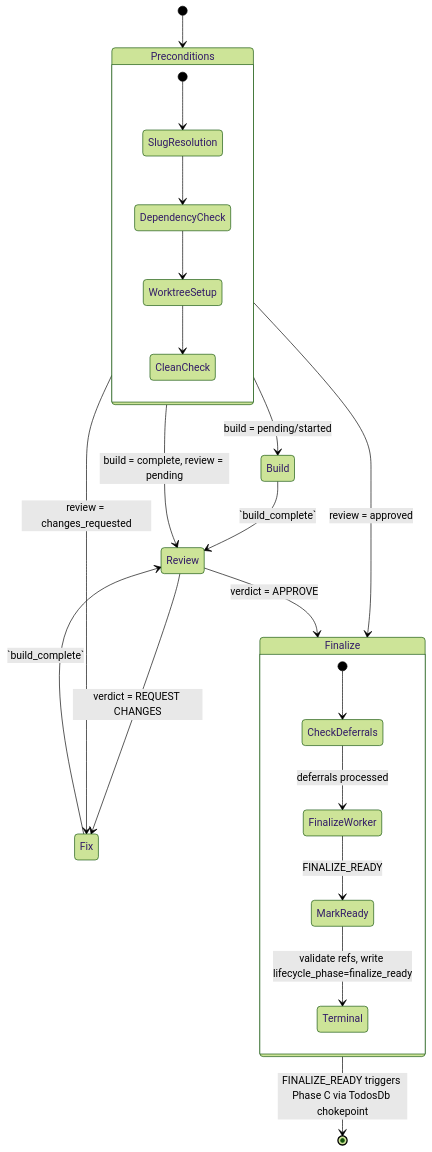
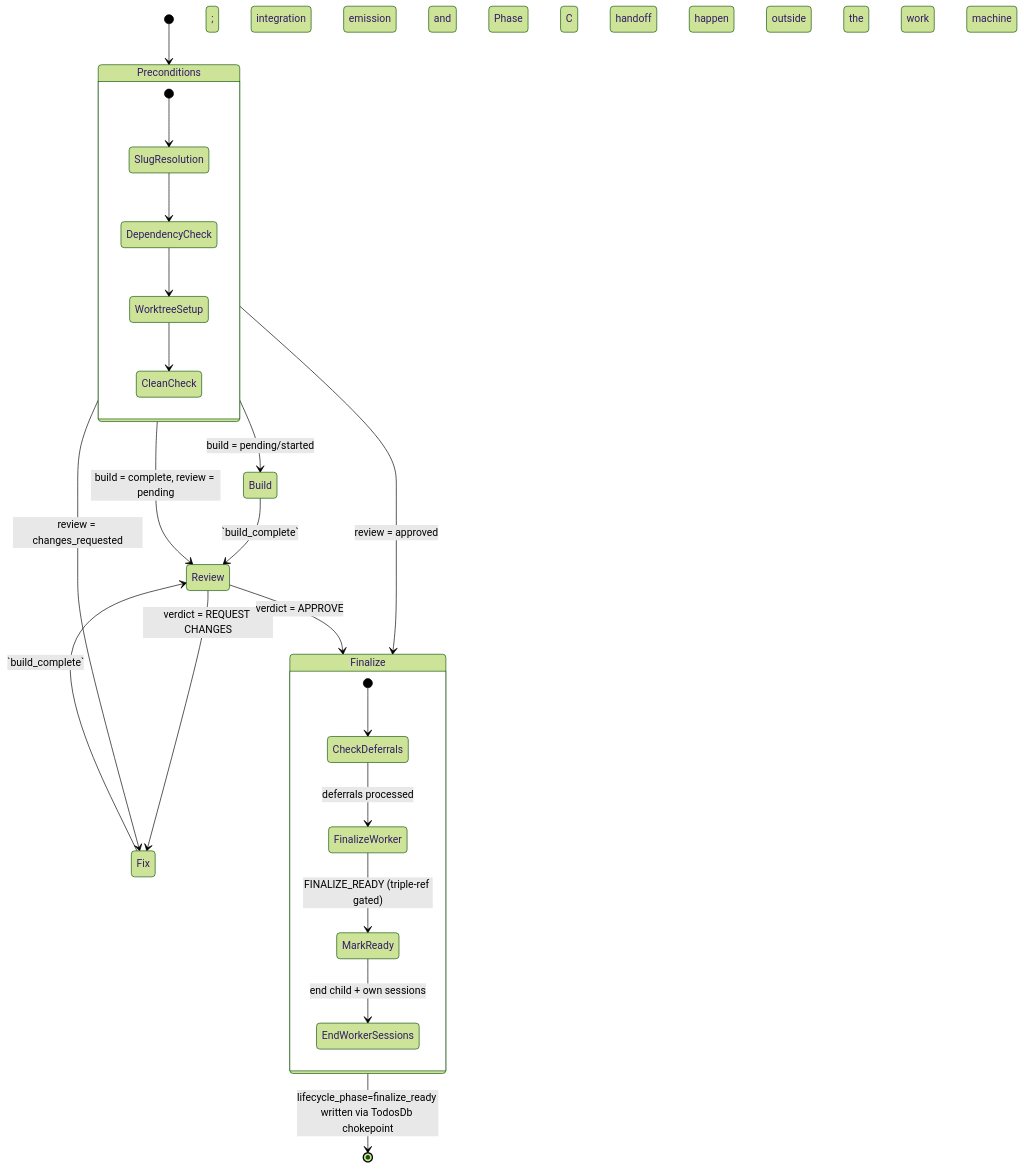
The first of 5 diagrams in docs/project/design/architecture/work-state-machine.md (InstruktAI/TeleClaude), drawn with Mermaid (forest theme) before and after one commit. The commit also changed other lines of this file and 31 other files, not shown here.

````diff
--- a/docs/project/design/architecture/work-state-machine.md
+++ b/docs/project/design/architecture/work-state-machine.md
@@ -105,30 +105,30 @@
 ```mermaid
 stateDiagram-v2
     [*] --> Preconditions
 
     state Preconditions {
         [*] --> SlugResolution
         SlugResolution --> DependencyCheck
         DependencyCheck --> WorktreeSetup
         WorktreeSetup --> CleanCheck
     }
 
     Preconditions --> Build: build = pending/started
     Preconditions --> Review: build = complete, review = pending
     Preconditions --> Fix: review = changes_requested
     Preconditions --> Finalize: review = approved
 
     Build --> Review: `build_complete`
     Review --> Fix: verdict = REQUEST CHANGES
     Review --> Finalize: verdict = APPROVE
     Fix --> Review: `build_complete`
 
     state Finalize {
         [*] --> CheckDeferrals
         CheckDeferrals --> FinalizeWorker: deferrals processed
-        FinalizeWorker --> MarkReady: FINALIZE_READY
-        MarkReady --> Terminal: validate refs, write lifecycle_phase=finalize_ready
+        FinalizeWorker --> MarkReady: FINALIZE_READY (triple-ref gated)
+        MarkReady --> EndWorkerSessions: end child + own sessions
     }
 
-    Finalize --> [*]: FINALIZE_READY triggers Phase C via TodosDb chokepoint
+    Finalize --> [*]: lifecycle_phase=finalize_ready written via TodosDb chokepoint; integration emission and Phase C handoff happen outside the work machine
 ```
````
